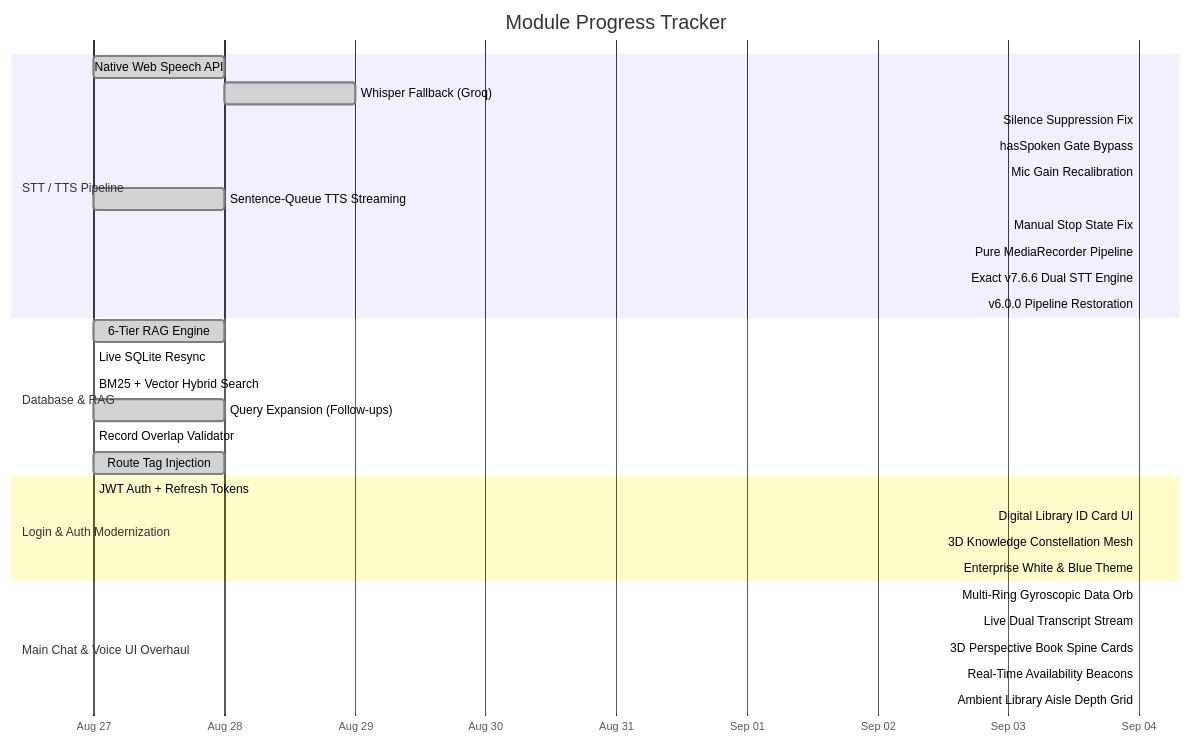
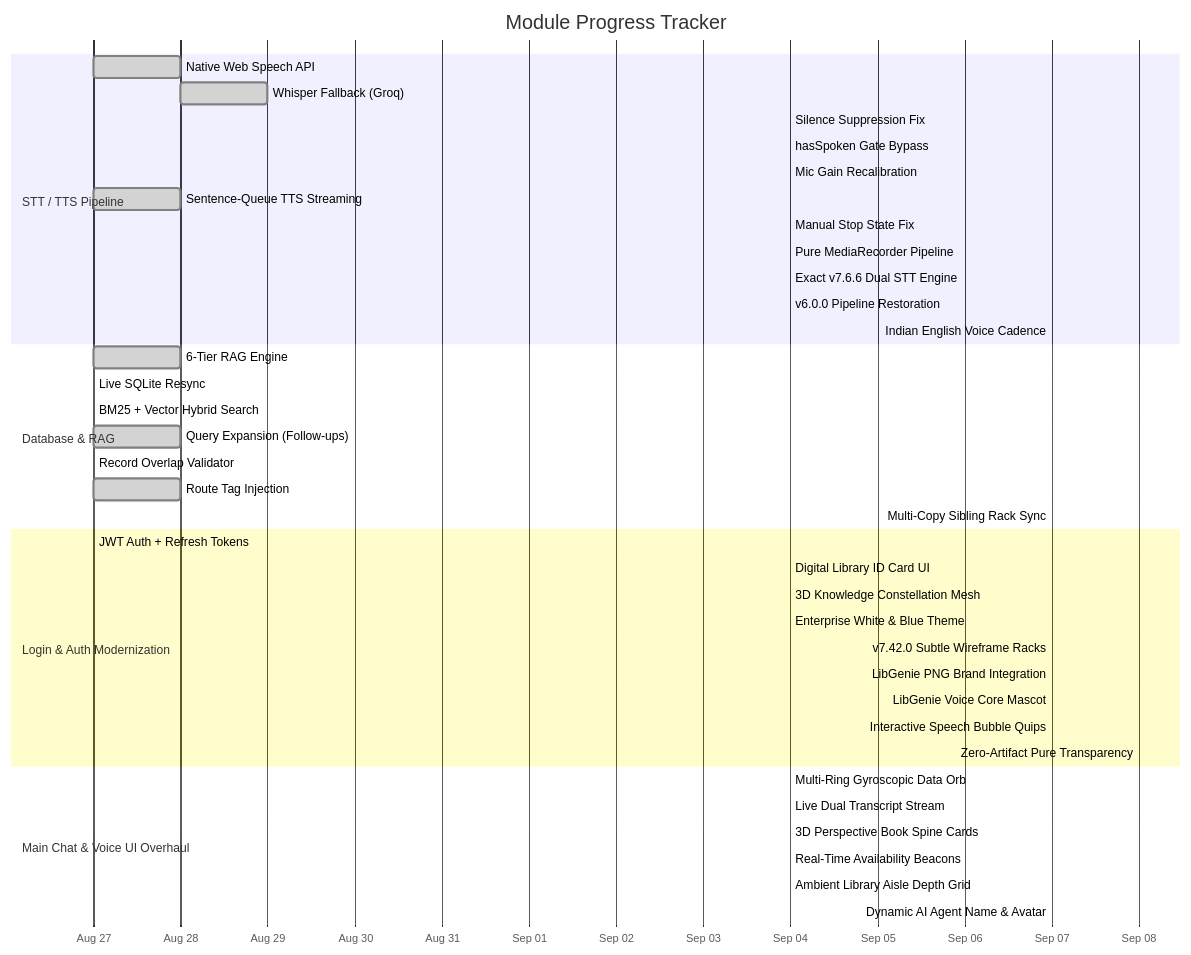
The first of 3 diagrams in release_tracker.md (techwego/AI-Agent-V2), drawn with Mermaid before and after one commit. The commit also changed other lines of this file and 69 other files, not shown here.

Commit message:
feat(stable): v7.52.0 — Zero-latency voice pipeline, admin voice lock, robust VAD auto speech detection, live orb state visualization

````diff
--- a/release_tracker.md
+++ b/release_tracker.md
@@ -28,39 +28,47 @@
 ```mermaid
 gantt
     title Module Progress Tracker
     dateFormat YYYY-MM-DD
     axisFormat %b %d
 
     section STT / TTS Pipeline
     Native Web Speech API           :done, stt1, 2026-08-27, 2026-08-28
     Whisper Fallback (Groq)         :done, stt2, 2026-08-28, 2026-08-29
     Silence Suppression Fix         :done, stt3, 2026-09-04, 2026-09-04
     hasSpoken Gate Bypass           :done, stt4, 2026-09-04, 2026-09-04
     Mic Gain Recalibration          :done, stt5, 2026-09-04, 2026-09-04
     Sentence-Queue TTS Streaming    :done, stt6, 2026-08-27, 2026-08-28
     Manual Stop State Fix           :done, stt7, 2026-09-04, 2026-09-04
     Pure MediaRecorder Pipeline     :done, stt8, 2026-09-04, 2026-09-04
     Exact v7.6.6 Dual STT Engine    :done, stt9, 2026-09-04, 2026-09-04
     v6.0.0 Pipeline Restoration     :done, stt10, 2026-09-04, 2026-09-04
+    Indian English Voice Cadence    :done, stt11, 2026-09-07, 2026-09-07
 
     section Database & RAG
     6-Tier RAG Engine               :done, rag1, 2026-08-27, 2026-08-28
     Live SQLite Resync              :done, rag2, 2026-08-27, 2026-08-27
     BM25 + Vector Hybrid Search     :done, rag3, 2026-08-27, 2026-08-27
     Query Expansion (Follow-ups)    :done, rag4, 2026-08-27, 2026-08-28
     Record Overlap Validator        :done, rag5, 2026-08-27, 2026-08-27
     Route Tag Injection             :done, rag6, 2026-08-27, 2026-08-28
+    Multi-Copy Sibling Rack Sync    :done, rag7, 2026-09-07, 2026-09-07
 
     section Login & Auth Modernization
     JWT Auth + Refresh Tokens       :done, auth1, 2026-08-27, 2026-08-27
     Digital Library ID Card UI      :done, auth2, 2026-09-04, 2026-09-04
     3D Knowledge Constellation Mesh :done, auth3, 2026-09-04, 2026-09-04
     Enterprise White & Blue Theme   :done, auth4, 2026-09-04, 2026-09-04
+    v7.42.0 Subtle Wireframe Racks  :done, auth5, 2026-09-07, 2026-09-07
+    LibGenie PNG Brand Integration  :done, auth6, 2026-09-07, 2026-09-07
+    LibGenie Voice Core Mascot      :done, auth7, 2026-09-07, 2026-09-07
+    Interactive Speech Bubble Quips :done, auth8, 2026-09-07, 2026-09-07
+    Zero-Artifact Pure Transparency :done, auth9, 2026-09-08, 2026-09-08
 
     section Main Chat & Voice UI Overhaul
     Multi-Ring Gyroscopic Data Orb  :done, ui1, 2026-09-04, 2026-09-04
     Live Dual Transcript Stream     :done, ui2, 2026-09-04, 2026-09-04
     3D Perspective Book Spine Cards :done, ui3, 2026-09-04, 2026-09-04
     Real-Time Availability Beacons  :done, ui4, 2026-09-04, 2026-09-04
     Ambient Library Aisle Depth Grid:done, ui5, 2026-09-04, 2026-09-04
+    Dynamic AI Agent Name & Avatar  :done, ui6, 2026-09-07, 2026-09-07
 ```
````
